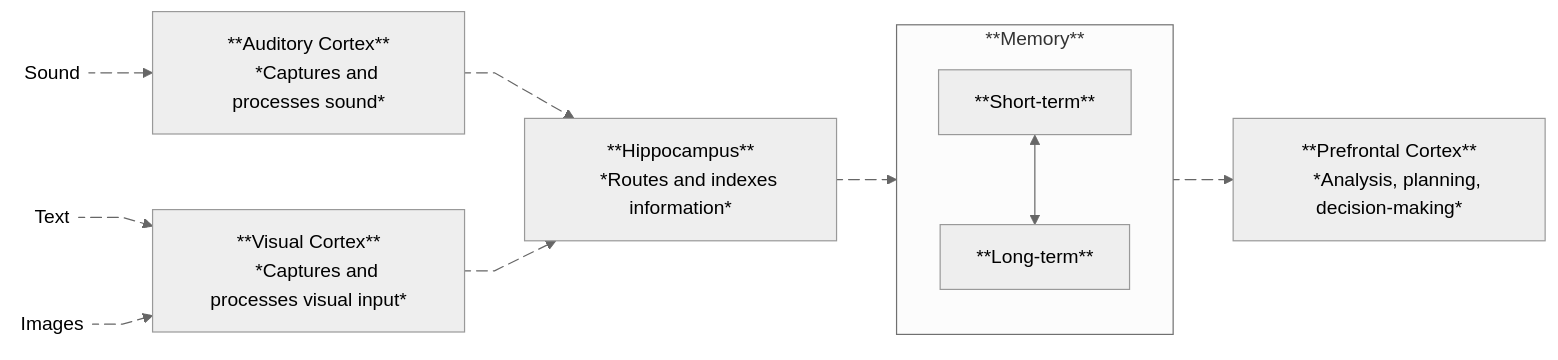
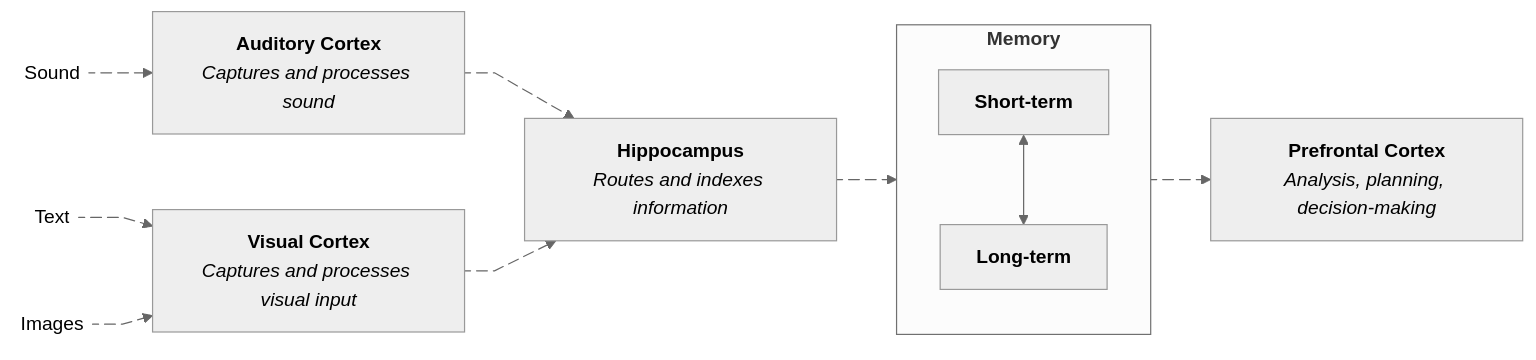
Before and after one commit to zavarovkv/zavarov.com: the first of 2 diagrams in content/en/blog/second-brain.md, drawn with Mermaid (neutral theme). The commit also changed other lines of this file and 16 other files, not shown here.

Commit message:
Enable wide article media and fix Mermaid labels

```diff
--- a/content/en/blog/second-brain.md
+++ b/content/en/blog/second-brain.md
@@ -16,29 +16,29 @@
-{{< mermaid >}}
+{{< mermaid wide=true caption="Elements of the brain's structure" >}}
 graph LR
     S@{ shape: text, label: "Sound" }
     T@{ shape: text, label: "Text" }
     I@{ shape: text, label: "Images" }
-    S e1@--> A[**Auditory Cortex**
-    *Captures and processes sound*]
-    T e2@--> B[**Visual Cortex**
-    *Captures and processes visual input*]
+    S e1@--> A["`**Auditory Cortex**
+    *Captures and processes sound*`"]
+    T e2@--> B["`**Visual Cortex**
+    *Captures and processes visual input*`"]
     I e3@--> B
-    A e4@--> C[**Hippocampus**
-    *Routes and indexes information*]
+    A e4@--> C["`**Hippocampus**
+    *Routes and indexes information*`"]
     B e5@--> C
     C e6@--> mem
-    mem e7@--> F[**Prefrontal Cortex**
-    *Analysis, planning, decision-making*]
+    mem e7@--> F["`**Prefrontal Cortex**
+    *Analysis, planning, decision-making*`"]
     e1@{ animate: true, curve: linear }
     e2@{ animate: true, curve: linear }
     e3@{ animate: true, curve: linear }
     e4@{ animate: true, curve: linear }
     e5@{ animate: true, curve: linear }
     e6@{ animate: true, curve: linear }
     e7@{ animate: true, curve: linear }
 
-    subgraph mem[**Memory**]
+    subgraph mem["`**Memory**`"]
         direction TB
-        short[**Short-term**] <--> long[**Long-term**]
+        short["`**Short-term**`"] <--> long["`**Long-term**`"]
     end
 {{< /mermaid >}}
```
